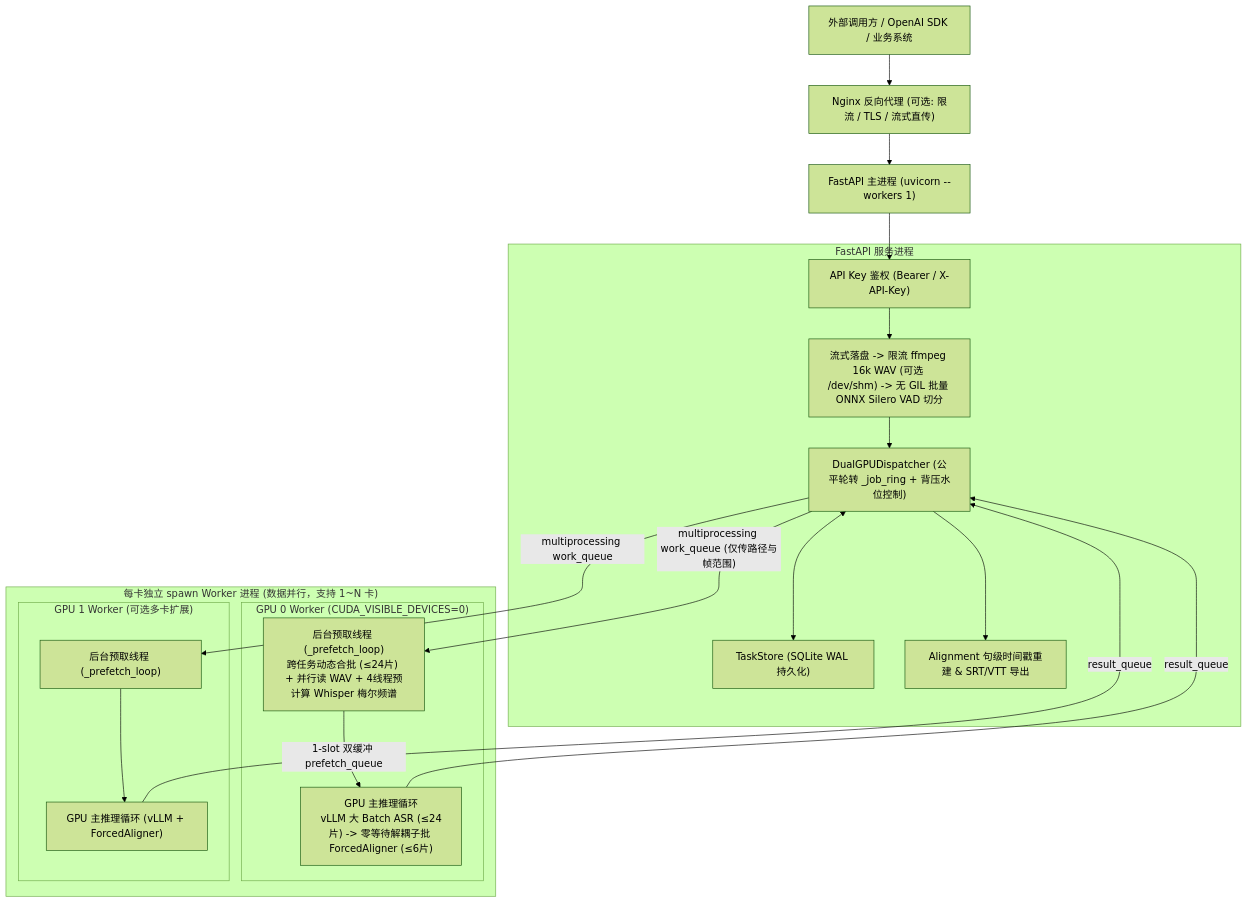
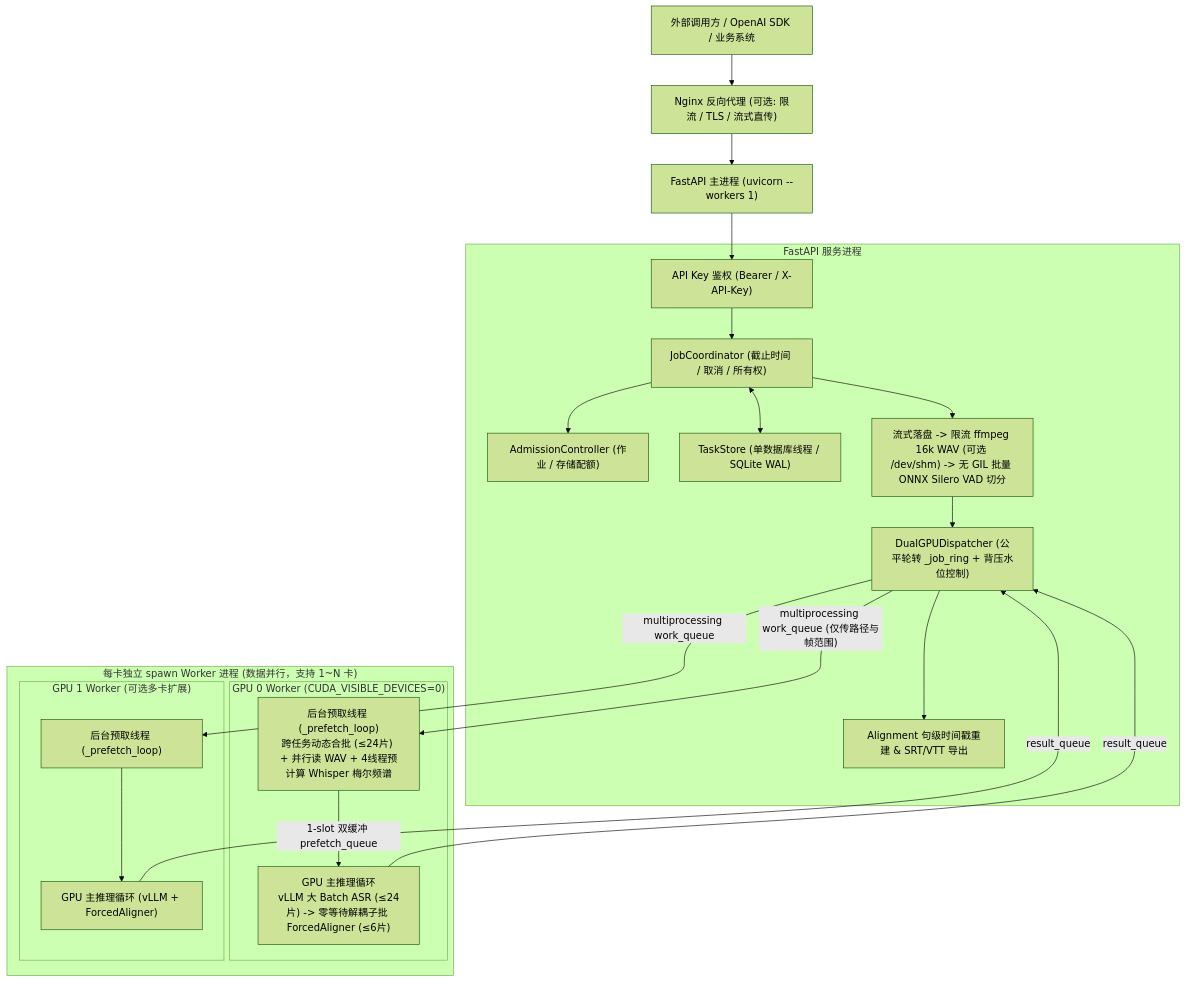
The diagram in docs/ARCHITECTURE.md (chosenecho/asr-dep), drawn with Mermaid (forest theme) before and after one commit. The commit also changed other lines of this file and 25 other files, not shown here.

Commit message:
feat: add unified job admission and worker fault recovery

````diff
--- a/docs/ARCHITECTURE.md
+++ b/docs/ARCHITECTURE.md
@@ -9,35 +9,39 @@
 ```mermaid
 flowchart TD
     Client["外部调用方 / OpenAI SDK / 业务系统"] --> Nginx["Nginx 反向代理 (可选: 限流 / TLS / 流式直传)"]
     Nginx --> API["FastAPI 主进程 (uvicorn --workers 1)"]
 
     subgraph Core["FastAPI 服务进程"]
         Auth["API Key 鉴权 (Bearer / X-API-Key)"]
-        Store["TaskStore (SQLite WAL 持久化)"]
+        Admit["AdmissionController (作业 / 存储配额)"]
+        Jobs["JobCoordinator (截止时间 / 取消 / 所有权)"]
+        Store["TaskStore (单数据库线程 / SQLite WAL)"]
         Audio["流式落盘 -> 限流 ffmpeg 16k WAV (可选 /dev/shm) -> 无 GIL 批量 ONNX Silero VAD 切分"]
         Sched["DualGPUDispatcher (公平轮转 _job_ring + 背压水位控制)"]
         Align["Alignment 句级时间戳重建 & SRT/VTT 导出"]
     end
 
-    API --> Auth --> Audio --> Sched
-    Sched <--> Store
+    API --> Auth --> Jobs
+    Jobs --> Admit
+    Jobs --> Audio --> Sched
+    Jobs <--> Store
     Sched --> Align
 
     subgraph Workers["每卡独立 spawn Worker 进程 (数据并行，支持 1~N 卡)"]
         subgraph W0["GPU 0 Worker (CUDA_VISIBLE_DEVICES=0)"]
             P0["后台预取线程 (_prefetch_loop)<br/>跨任务动态合批 (≤24片) + 并行读 WAV + 4线程预计算 Whisper 梅尔频谱"]
             G0["GPU 主推理循环<br/>vLLM 大 Batch ASR (≤24片) -> 零等待解耦子批 ForcedAligner (≤6片)"]
             P0 -- "1-slot 双缓冲 prefetch_queue" --> G0
         end
         subgraph W1["GPU 1 Worker (可选多卡扩展)"]
             P1["后台预取线程 (_prefetch_loop)"]
             G1["GPU 主推理循环 (vLLM + ForcedAligner)"]
             P1 --> G1
         end
     end
 
     Sched -- "multiprocessing work_queue (仅传路径与帧范围)" --> P0
     Sched -- "multiprocessing work_queue" --> P1
     G0 -- "result_queue" --> Sched
     G1 -- "result_queue" --> Sched
 ```
````
